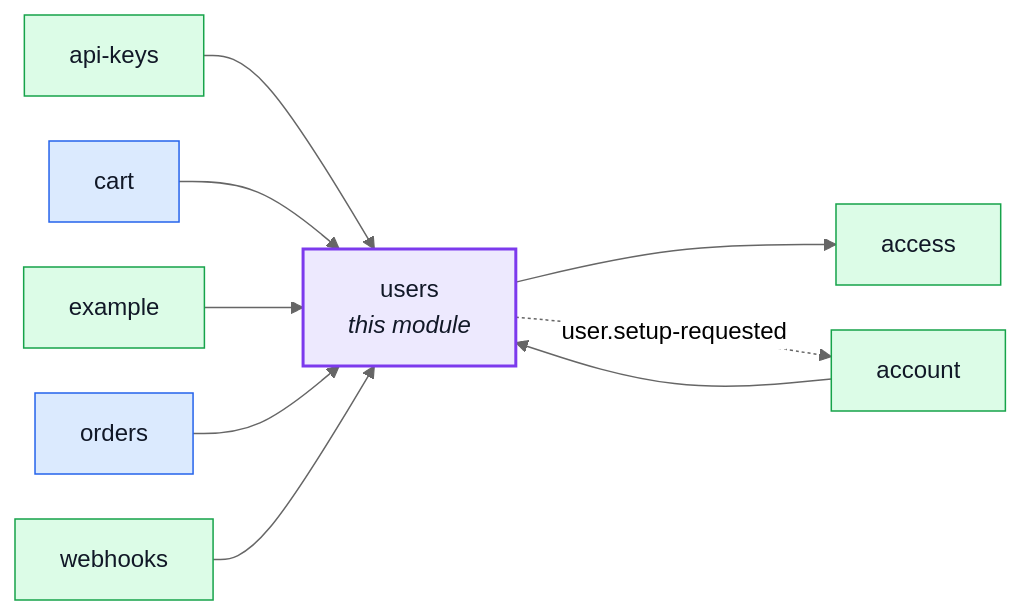
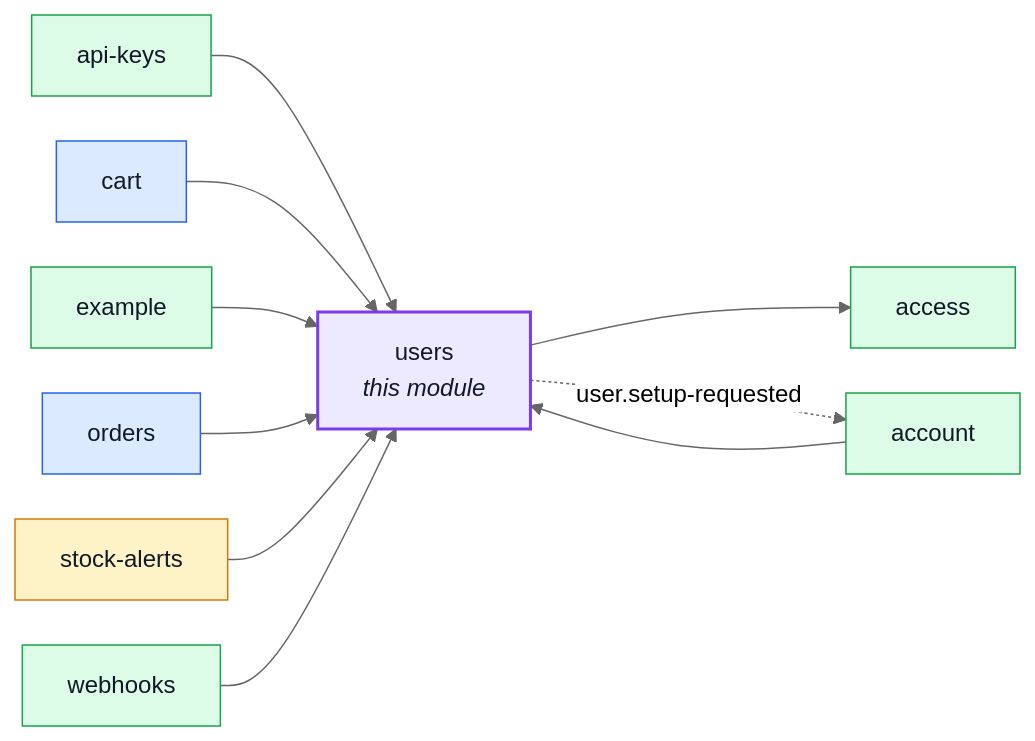
One commit to Guebbit/boilerplate-node-backend changed the first of 2 diagrams in docs/modules/users.md. Above: the diagram before and after it, drawn with Mermaid (neutral theme). The commit also changed 38 other files, not shown here.

First line of the commit message:
feat(stock-alerts): tell a buyer once when a product they asked about can be ordered again

````diff
--- a/docs/modules/users.md
+++ b/docs/modules/users.md
@@ -16,29 +16,32 @@
 ```mermaid
 %%{init: {'flowchart': {'nodeSpacing': 30, 'rankSpacing': 60}}}%%
 flowchart LR
     users["users<br/><i>this module</i>"]
     access["access"]
     account["account"]
     api_keys["api-keys"]
     cart["cart"]
     example["example"]
     orders["orders"]
+    stock_alerts["stock-alerts"]
     webhooks["webhooks"]
 
     account --> users
     api_keys --> users
     cart --> users
     example --> users
     orders --> users
+    stock_alerts --> users
     webhooks --> users
     users --> access
     users -. "user.setup-requested" .-> account
 
     classDef core fill:#dbeafe,stroke:#2563eb,color:#111827;
     classDef supporting fill:#fef3c7,stroke:#d97706,color:#111827;
     classDef generic fill:#dcfce7,stroke:#16a34a,color:#111827;
     classDef centre fill:#ede9fe,stroke:#7c3aed,stroke-width:2px,color:#111827;
     class cart,orders core;
+    class stock_alerts supporting;
     class access,account,api_keys,example,webhooks generic;
     class users centre;
 ```
````
